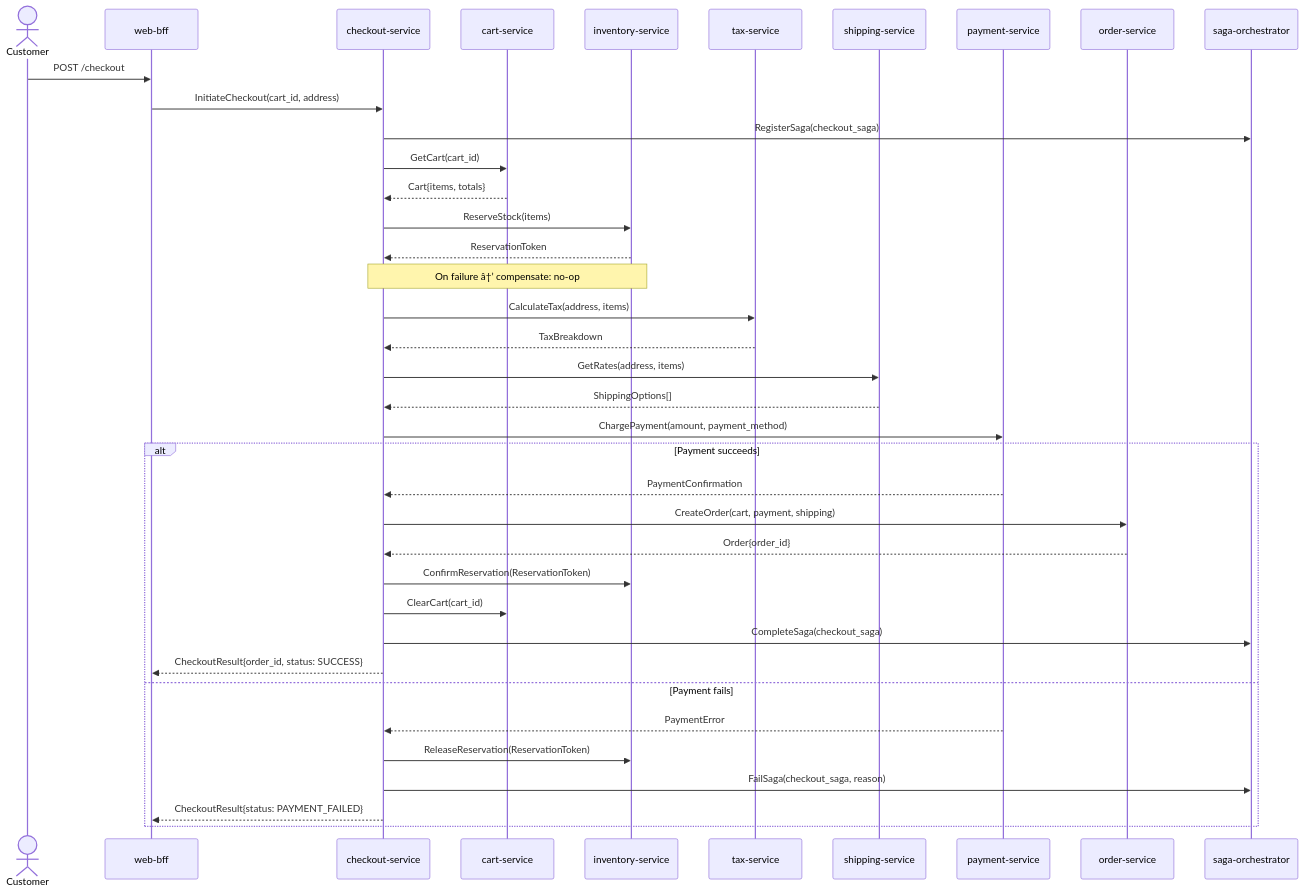
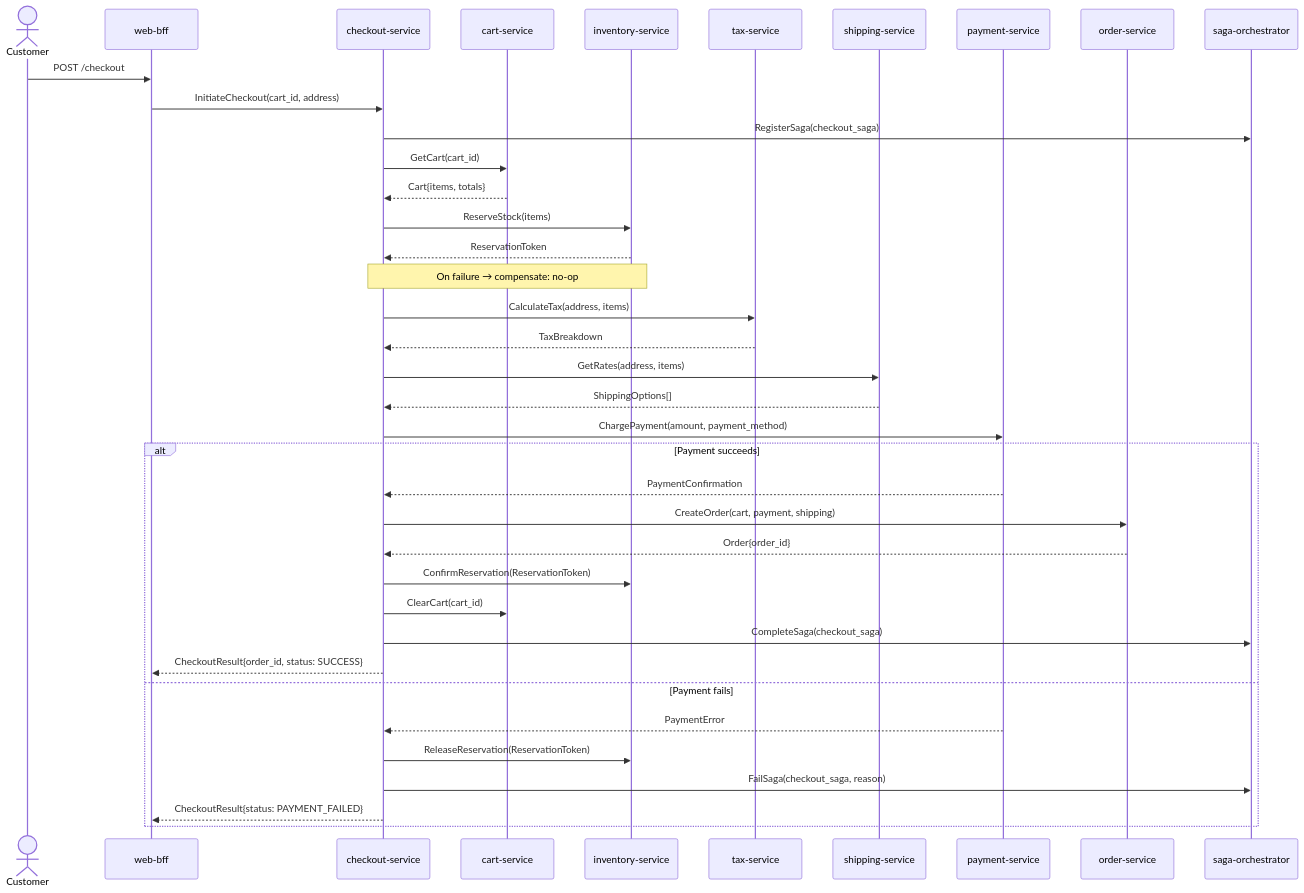
Before and after one commit to prabhat-roy/ShopOS: the diagram in src/commerce/checkout-service/README.md, drawn with Mermaid. The commit also changed other lines of this file and 2221 other files, not shown here.

````diff
--- a/src/commerce/checkout-service/README.md
+++ b/src/commerce/checkout-service/README.md
@@ -11,46 +11,46 @@
 ```mermaid
 sequenceDiagram
     actor Customer
     participant BFF as web-bff
     participant CHK as checkout-service
     participant CART as cart-service
     participant INV as inventory-service
     participant TAX as tax-service
     participant SHIP as shipping-service
     participant PAY as payment-service
     participant ORD as order-service
     participant SAGA as saga-orchestrator
 
     Customer->>BFF: POST /checkout
     BFF->>CHK: InitiateCheckout(cart_id, address)
     CHK->>SAGA: RegisterSaga(checkout_saga)
 
     CHK->>CART: GetCart(cart_id)
     CART-->>CHK: Cart{items, totals}
 
     CHK->>INV: ReserveStock(items)
     INV-->>CHK: ReservationToken
-    Note over CHK,INV: On failure â†’ compensate: no-op
+    Note over CHK,INV: On failure → compensate: no-op
 
     CHK->>TAX: CalculateTax(address, items)
     TAX-->>CHK: TaxBreakdown
 
     CHK->>SHIP: GetRates(address, items)
     SHIP-->>CHK: ShippingOptions[]
 
     CHK->>PAY: ChargePayment(amount, payment_method)
     alt Payment succeeds
         PAY-->>CHK: PaymentConfirmation
         CHK->>ORD: CreateOrder(cart, payment, shipping)
         ORD-->>CHK: Order{order_id}
         CHK->>INV: ConfirmReservation(ReservationToken)
         CHK->>CART: ClearCart(cart_id)
         CHK->>SAGA: CompleteSaga(checkout_saga)
         CHK-->>BFF: CheckoutResult{order_id, status: SUCCESS}
     else Payment fails
         PAY-->>CHK: PaymentError
         CHK->>INV: ReleaseReservation(ReservationToken)
         CHK->>SAGA: FailSaga(checkout_saga, reason)
         CHK-->>BFF: CheckoutResult{status: PAYMENT_FAILED}
     end
 ```
````
